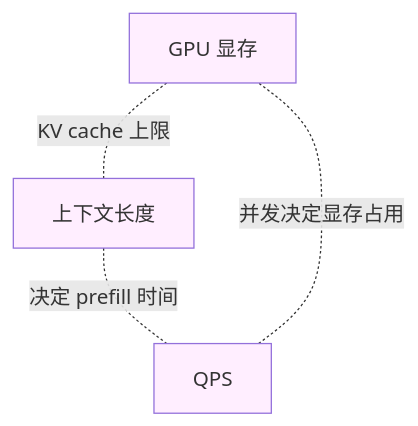
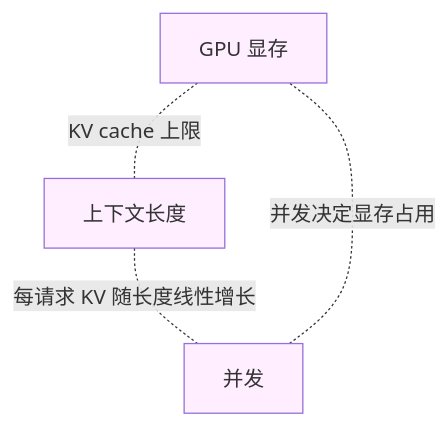
The diagram in 知识/05-AI推理服务的可靠性工程.md (oh-my-vibe-coding/ai-reliability-architecture), drawn with Mermaid before and after one commit. The commit also changed other lines of this file and 7 other files, not shown here.

````diff
--- a/知识/05-AI推理服务的可靠性工程.md
+++ b/知识/05-AI推理服务的可靠性工程.md
@@ -56,10 +56,10 @@
 ```mermaid
 flowchart TB
     A[GPU 显存] -.KV cache 上限.- B[上下文长度]
-    B -.决定 prefill 时间.- C[QPS]
+    B -.每请求 KV 随长度线性增长.- C[并发]
     C -.并发决定显存占用.- A
 
     style A fill:#fef
     style B fill:#fef
     style C fill:#fef
 ```
````
